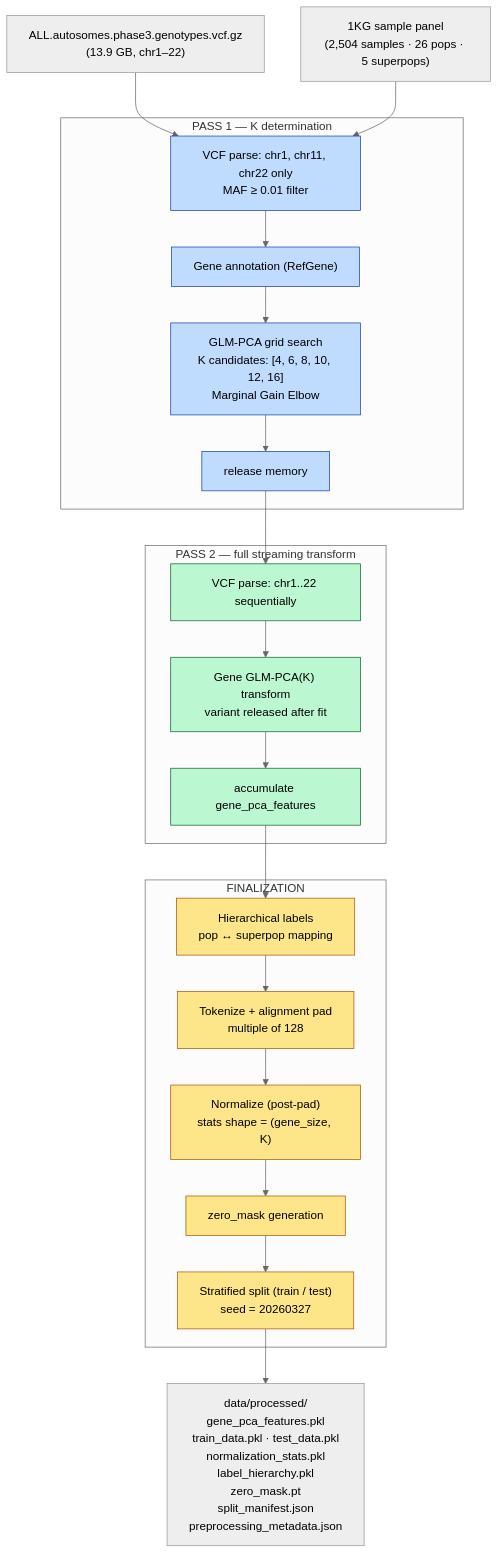
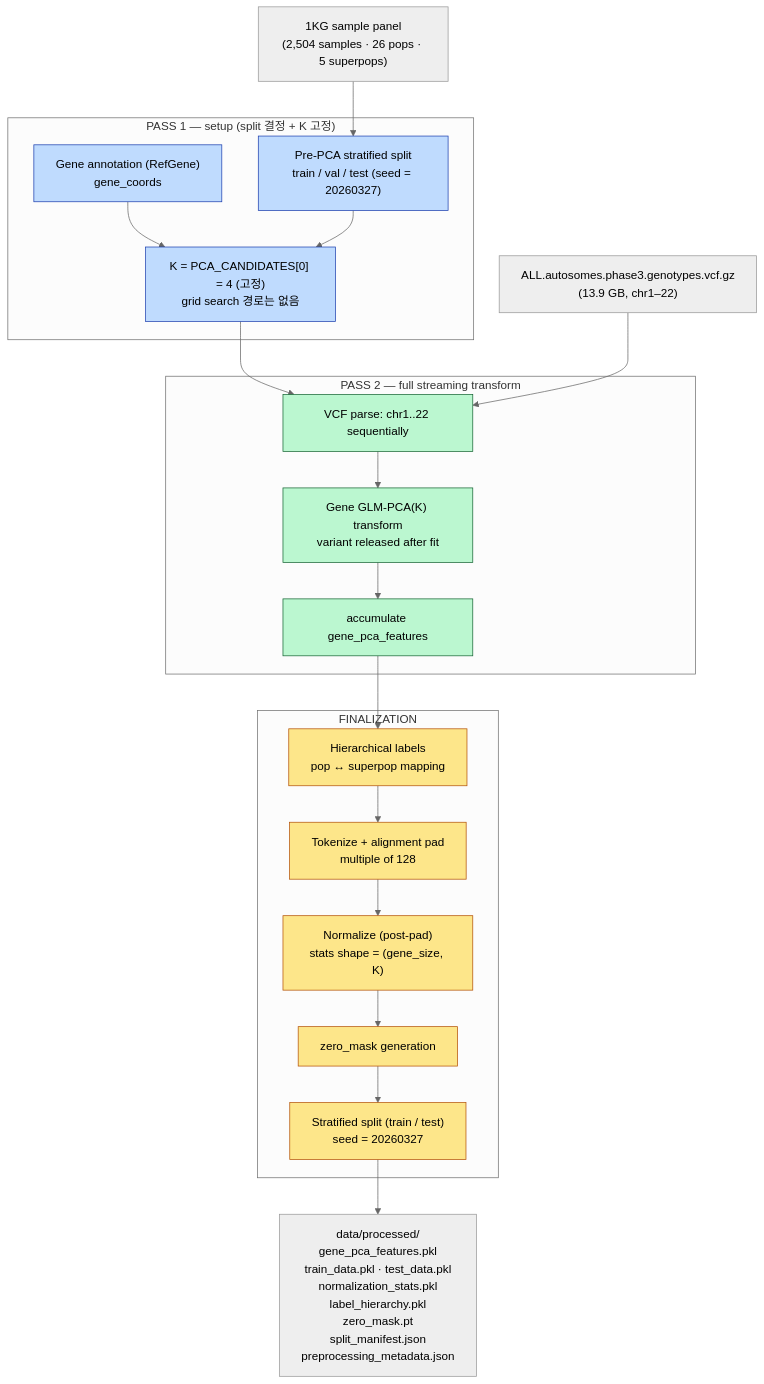
The eighth of 8 diagrams in README.md (zongseung/gene-synthesis-project), drawn with Mermaid (neutral theme) before and after one commit. The commit also changed other lines of this file and 1 other file, not shown here.

First paragraph of the commit message:
docs: correct stale pipeline and architecture claims in CLAUDE.md and README
Eleven claims that the refactor audits (and Tasks 2-3) proved wrong.

````diff
--- a/README.md
+++ b/README.md
@@ -871,40 +874,40 @@
 ```mermaid
 flowchart TD
     VCF["ALL.autosomes.phase3.genotypes.vcf.gz<br/>(13.9 GB, chr1–22)"]
     PANEL["1KG sample panel<br/>(2,504 samples · 26 pops · 5 superpops)"]
 
-    subgraph PASS1["PASS 1 — K determination"]
-        P1A["VCF parse: chr1, chr11, chr22 only<br/>MAF ≥ 0.01 filter"]
-        P1B["Gene annotation (RefGene)"]
-        P1C["GLM-PCA grid search<br/>K candidates: [4, 6, 8, 10, 12, 16]<br/>Marginal Gain Elbow"]
-        P1D["release memory"]
+    subgraph PASS1["PASS 1 — setup (split 결정 + K 고정)"]
+        P1A["Gene annotation (RefGene)<br/>gene_coords"]
+        P1B["Pre-PCA stratified split<br/>train / val / test (seed = 20260327)"]
+        P1C["K = PCA_CANDIDATES[0] = 4 (고정)<br/>grid search 경로는 없음"]
     end
 
     subgraph PASS2["PASS 2 — full streaming transform"]
         P2A["VCF parse: chr1..22 sequentially"]
         P2B["Gene GLM-PCA(K) transform<br/>variant released after fit"]
         P2C["accumulate gene_pca_features"]
     end
 
     subgraph FIN["FINALIZATION"]
         F1["Hierarchical labels<br/>pop ↔ superpop mapping"]
         F2["Tokenize + alignment pad<br/>multiple of 128"]
         F3["Normalize (post-pad)<br/>stats shape = (gene_size, K)"]
         F4["zero_mask generation"]
         F5["Stratified split (train / test)<br/>seed = 20260327"]
     end
 
     OUT["data/processed/<br/>gene_pca_features.pkl<br/>train_data.pkl · test_data.pkl<br/>normalization_stats.pkl<br/>label_hierarchy.pkl<br/>zero_mask.pt<br/>split_manifest.json<br/>preprocessing_metadata.json"]
 
-    VCF --> P1A --> P1B --> P1C --> P1D
-    PANEL --> P1A
-    P1D --> P2A --> P2B --> P2C
+    P1A --> P1C
+    PANEL --> P1B --> P1C
+    P1C --> P2A --> P2B --> P2C
+    VCF --> P2A
     P2C --> F1 --> F2 --> F3 --> F4 --> F5 --> OUT
 
     classDef p1 fill:#bfdbfe,stroke:#1e40af,color:#000
     classDef p2 fill:#bbf7d0,stroke:#166534,color:#000
     classDef fin fill:#fde68a,stroke:#b45309,color:#000
-    class P1A,P1B,P1C,P1D p1
+    class P1A,P1B,P1C p1
     class P2A,P2B,P2C p2
     class F1,F2,F3,F4,F5 fin
 ```
````
